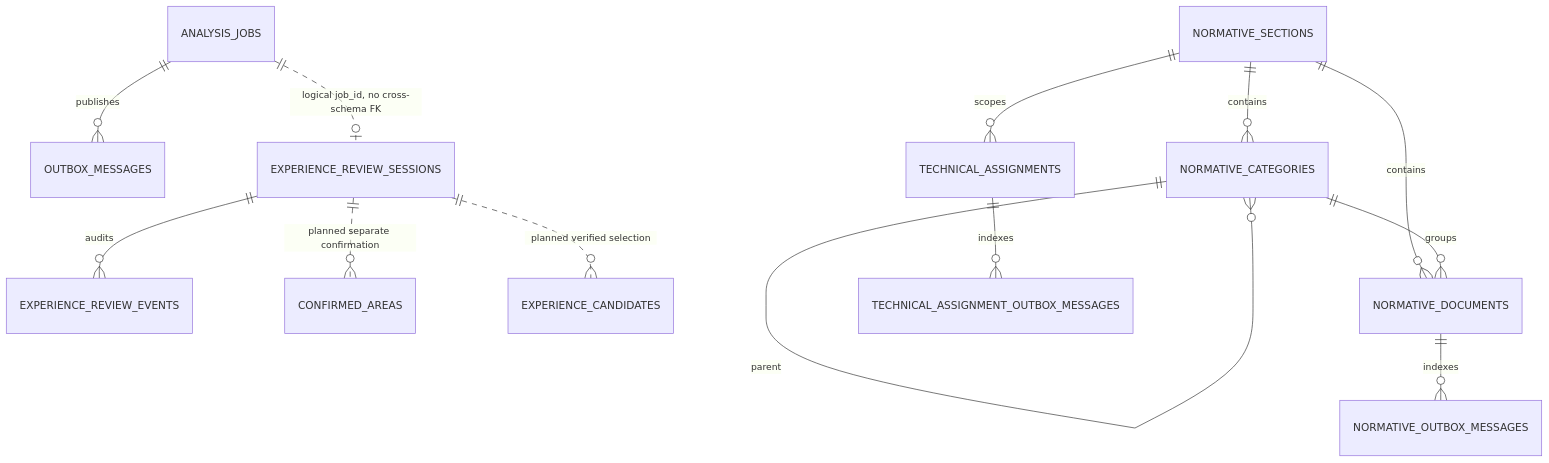
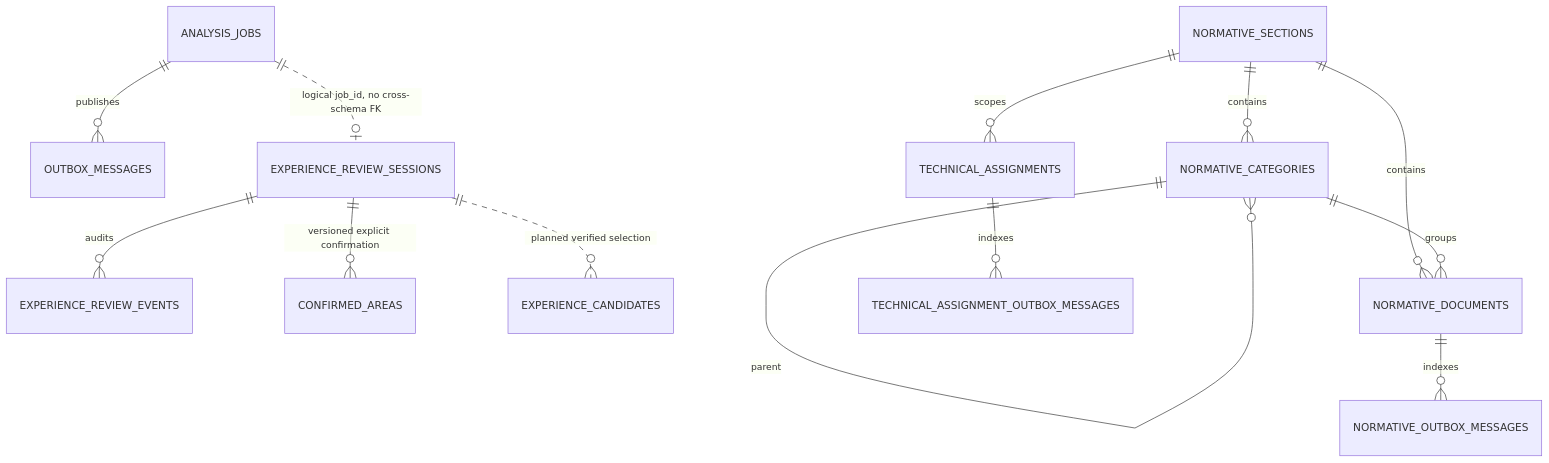
The sixth of 15 diagrams in README.md (Amadu-A/PDRD-validation), drawn with Mermaid before and after one commit. The commit also changed other lines of this file and 56 other files, not shown here.

````diff
--- a/README.md
+++ b/README.md
@@ -288,15 +289,15 @@
 ```mermaid
 erDiagram
     ANALYSIS_JOBS ||--o{ OUTBOX_MESSAGES : publishes
     ANALYSIS_JOBS ||..o| EXPERIENCE_REVIEW_SESSIONS : "logical job_id, no cross-schema FK"
     EXPERIENCE_REVIEW_SESSIONS ||--o{ EXPERIENCE_REVIEW_EVENTS : audits
-    EXPERIENCE_REVIEW_SESSIONS ||..o{ CONFIRMED_AREAS : "planned separate confirmation"
+    EXPERIENCE_REVIEW_SESSIONS ||--o{ CONFIRMED_AREAS : "versioned explicit confirmation"
     EXPERIENCE_REVIEW_SESSIONS ||..o{ EXPERIENCE_CANDIDATES : "planned verified selection"
     NORMATIVE_SECTIONS ||--o{ NORMATIVE_CATEGORIES : contains
     NORMATIVE_SECTIONS ||--o{ NORMATIVE_DOCUMENTS : contains
     NORMATIVE_CATEGORIES ||--o{ NORMATIVE_CATEGORIES : parent
     NORMATIVE_CATEGORIES ||--o{ NORMATIVE_DOCUMENTS : groups
     NORMATIVE_DOCUMENTS ||--o{ NORMATIVE_OUTBOX_MESSAGES : indexes
     NORMATIVE_SECTIONS ||--o{ TECHNICAL_ASSIGNMENTS : scopes
     TECHNICAL_ASSIGNMENTS ||--o{ TECHNICAL_ASSIGNMENT_OUTBOX_MESSAGES : indexes
 ```
````
